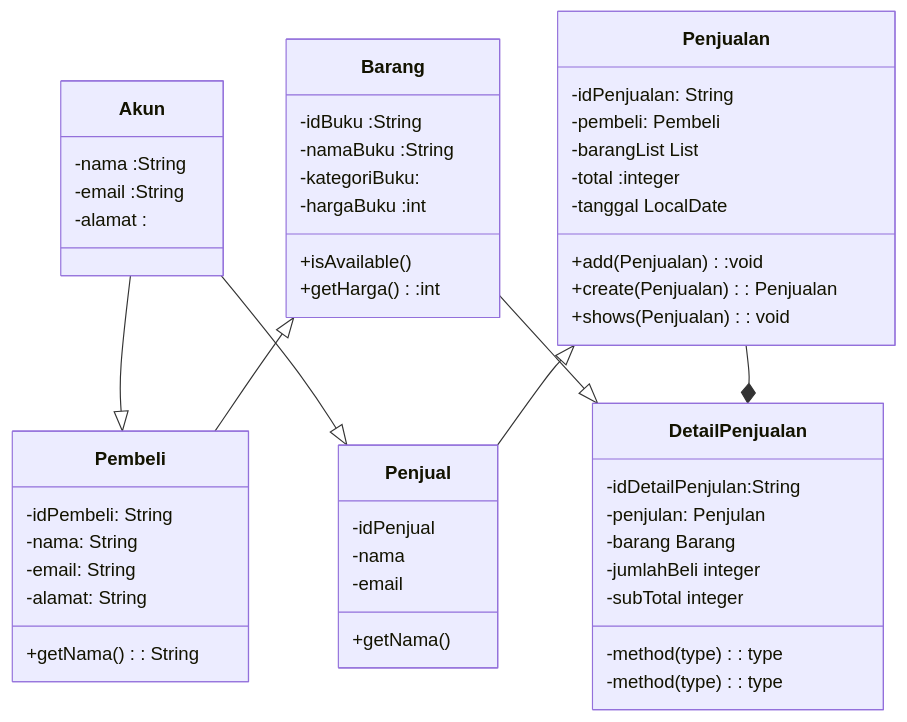
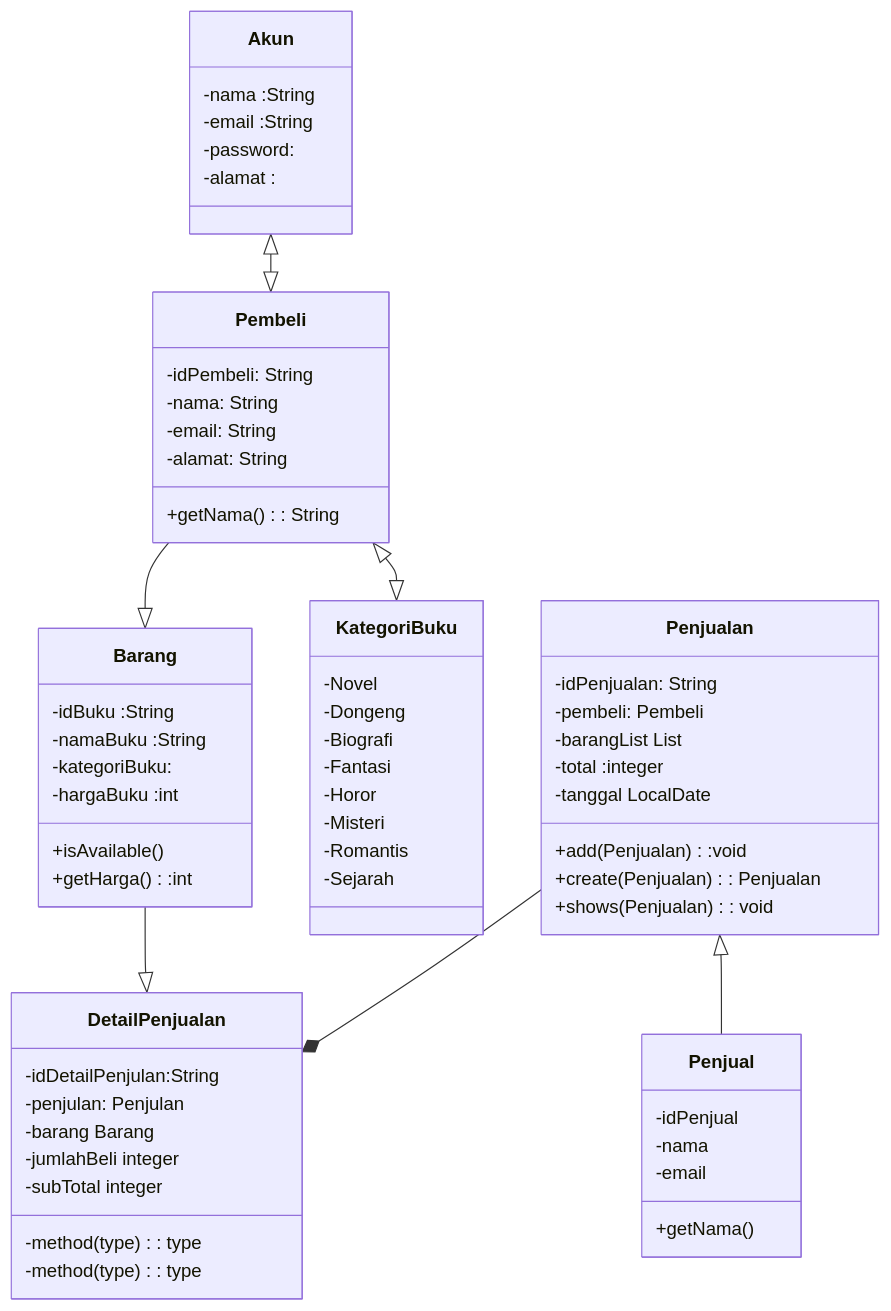
Before and after one commit to ikhsanhazamy/UAS-DASPRO: the diagram in README.md, drawn with Mermaid.

````diff
--- a/README.md
+++ b/README.md
@@ -3,57 +3,73 @@
 ```mermaid
 classDiagram
     class Akun{
         -nama :String
         -email :String
+        -password:
         -alamat :
     }
+
     class Barang{
         -idBuku :String
         -namaBuku :String
         -kategoriBuku:
         -hargaBuku :int
         +isAvailable() 
         +getHarga():int
     }
+
+    class KategoriBuku{
+        -Novel
+        -Dongeng
+        -Biografi
+        -Fantasi
+        -Horor
+        -Misteri
+        -Romantis
+        -Sejarah
+    }
+
     class Pembeli{
         -idPembeli: String 
         -nama: String 
         -email: String 
         -alamat: String 
         +getNama(): String
     }
 
     class Penjual{
         -idPenjual
         -nama
         -email
         +getNama()
     }
+
     class Penjualan{
         -idPenjualan: String 
         -pembeli: Pembeli 
         -barangList List<Barang>  
         -total :integer  
         -tanggal LocalDate  
         +add(Penjualan):void   
         +create(Penjualan): Penjualan   
         +shows(Penjualan): void   
     }
+
     class DetailPenjualan{
         -idDetailPenjulan:String   
         -penjulan: Penjulan   
         -barang Barang    
         -jumlahBeli integer    
         -subTotal integer    
         -method(type): type    
         -method(type): type
     }
 
-    Akun --|> Pembeli
-    Akun --|> Penjual
+    Akun <|--|> Pembeli
     Barang --|> DetailPenjualan
+    Pembeli --|> Barang
+    Penjualan <|-- Penjual
+    Pembeli <|--|> KategoriBuku
     Penjualan --*  DetailPenjualan
-    Barang <|-- Pembeli
-    Penjualan <|-- Penjual
     
 ```
````
